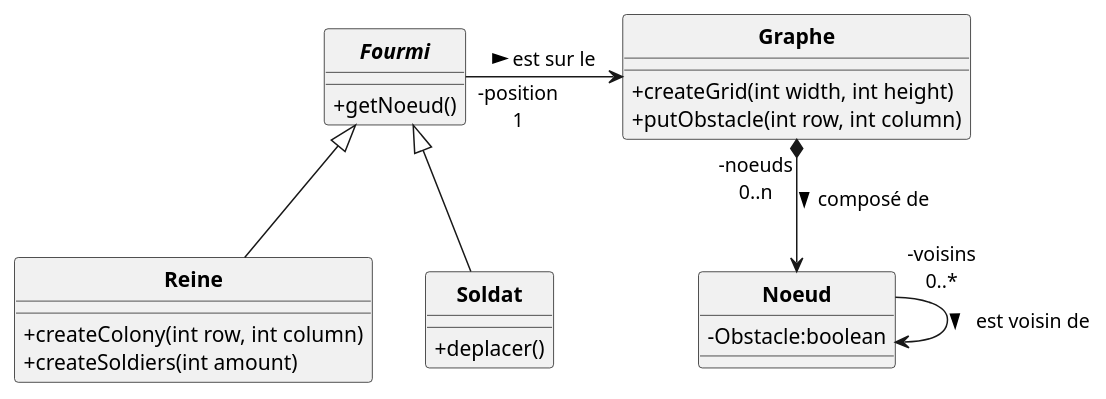
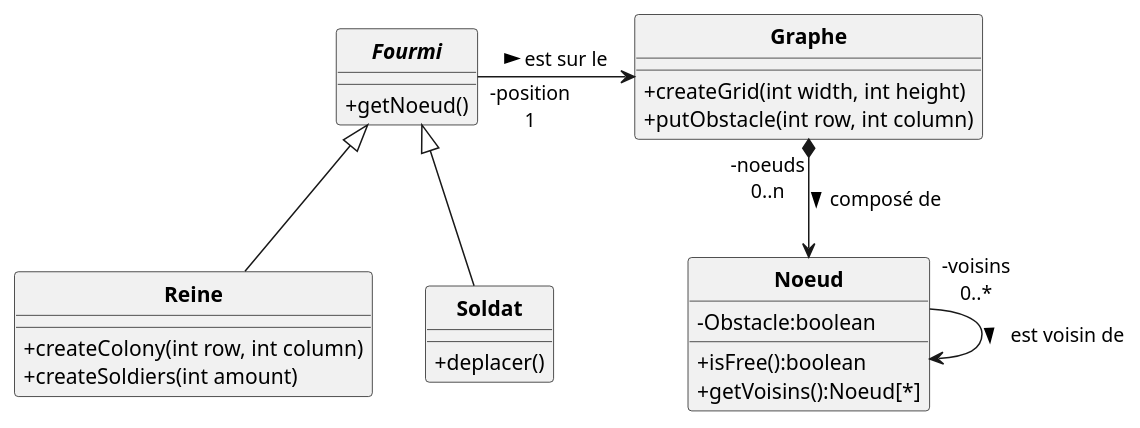
One commit to ErenMustafaGit/ColonieFourmis changed the diagram in Code/uml/Fourmis_DC.puml. Above: the diagram before and after it, drawn with PlantUML.

Commit message:
Ajout de méthode à la classe Noeud

```diff
--- a/Code/uml/Fourmis_DC.puml
+++ b/Code/uml/Fourmis_DC.puml
@@ -1,33 +1,35 @@
 @startuml
 'https://plantuml.com/sequence-diagram
 skinparam style strictuml
 skinparam classAttributeIconSize 0
 skinparam circledCharacterRadius 0
 skinparam circledCharacterFontSize 0
 skinparam classFontStyle Bold
 'autonumber
 
 class Graphe {
     +createGrid(int width, int height)
     +putObstacle(int row, int column)
 }
 class Noeud{
     -Obstacle:boolean
+    +isFree():boolean
+    +getVoisins():Noeud[*]
 }
 
 abstract Fourmi {
     +getNoeud()
 }
 class Reine extends Fourmi{
     +createColony(int row, int column)
     +createSoldiers(int amount)
 }
 class Soldat extends Fourmi{
     +deplacer()
 }
 
 Graphe "-noeuds\n0..n" *--> Noeud : composé de >
 Fourmi "-position\n1" -> Graphe : est sur le >
 Noeud "-voisins\n0..*" -> Noeud : est voisin de >
 
 @enduml
```
